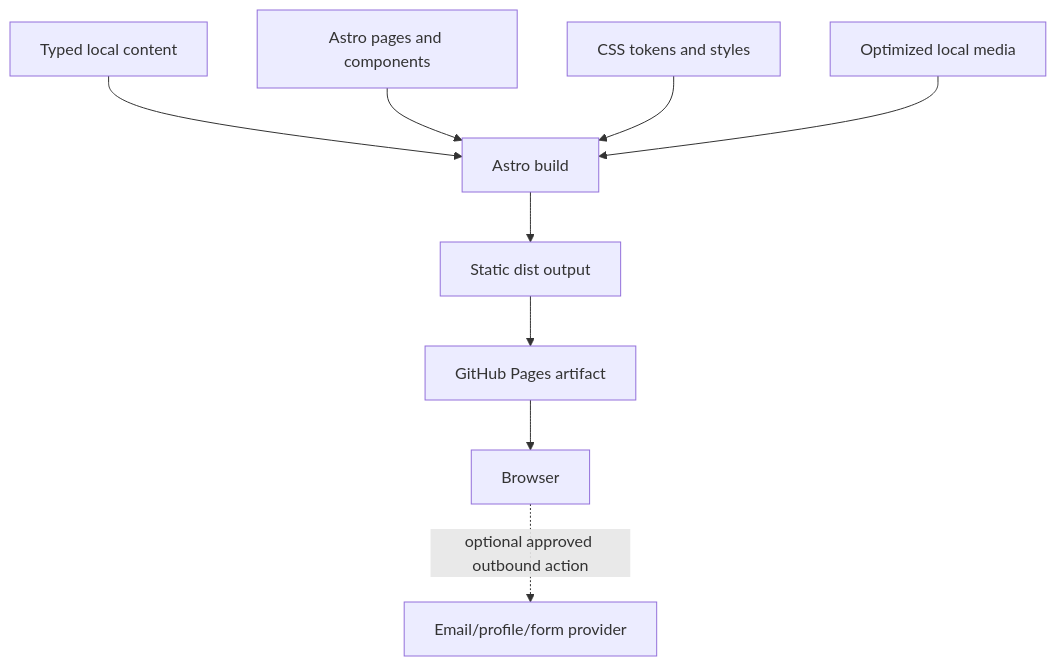
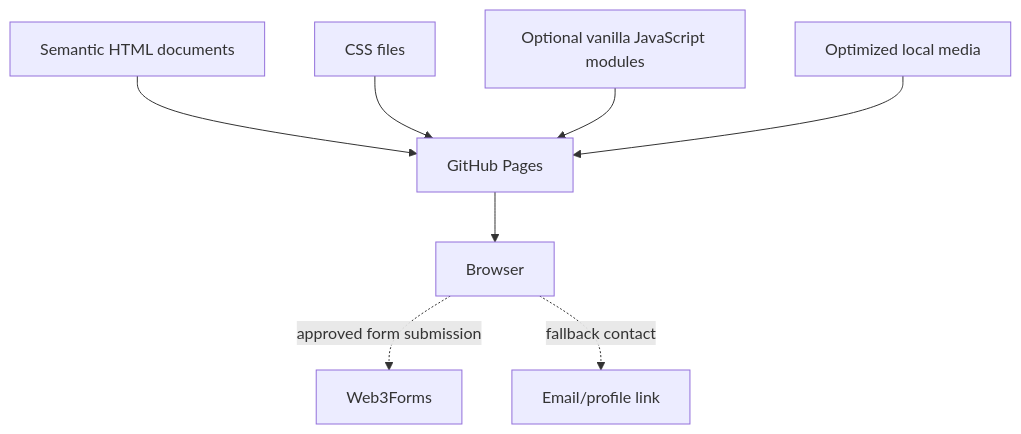
Before and after one commit to jrspherejrs/website: the second of 3 diagrams in JRSphere-Developer-Specification.md, drawn with Mermaid. The commit also changed other lines of this file, not shown here.

Commit message:
docs: align architecture with vanilla web stack

````diff
--- a/JRSphere-Developer-Specification.md
+++ b/JRSphere-Developer-Specification.md
@@ -694,11 +680,10 @@
 ```mermaid
 flowchart TD
-  C[Typed local content] --> A[Astro build]
-  P[Astro pages and components] --> A
-  S[CSS tokens and styles] --> A
-  M[Optimized local media] --> A
-  A --> D[Static dist output]
-  D --> G[GitHub Pages artifact]
+  H[Semantic HTML documents] --> G[GitHub Pages]
+  C[CSS files] --> G
+  J[Optional vanilla JavaScript modules] --> G
+  M[Optimized local media] --> G
   G --> U[Browser]
-  U -. optional approved outbound action .-> E[Email/profile/form provider]
+  U -. approved form submission .-> W[Web3Forms]
+  U -. fallback contact .-> E[Email/profile link]
 ```
````
